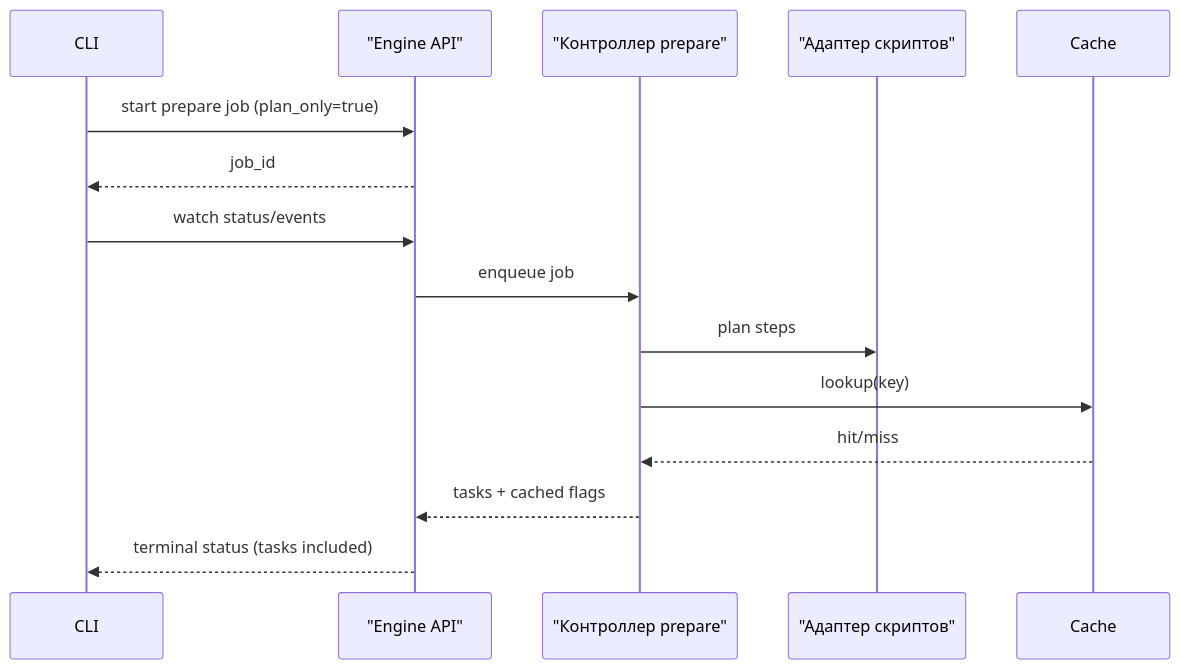
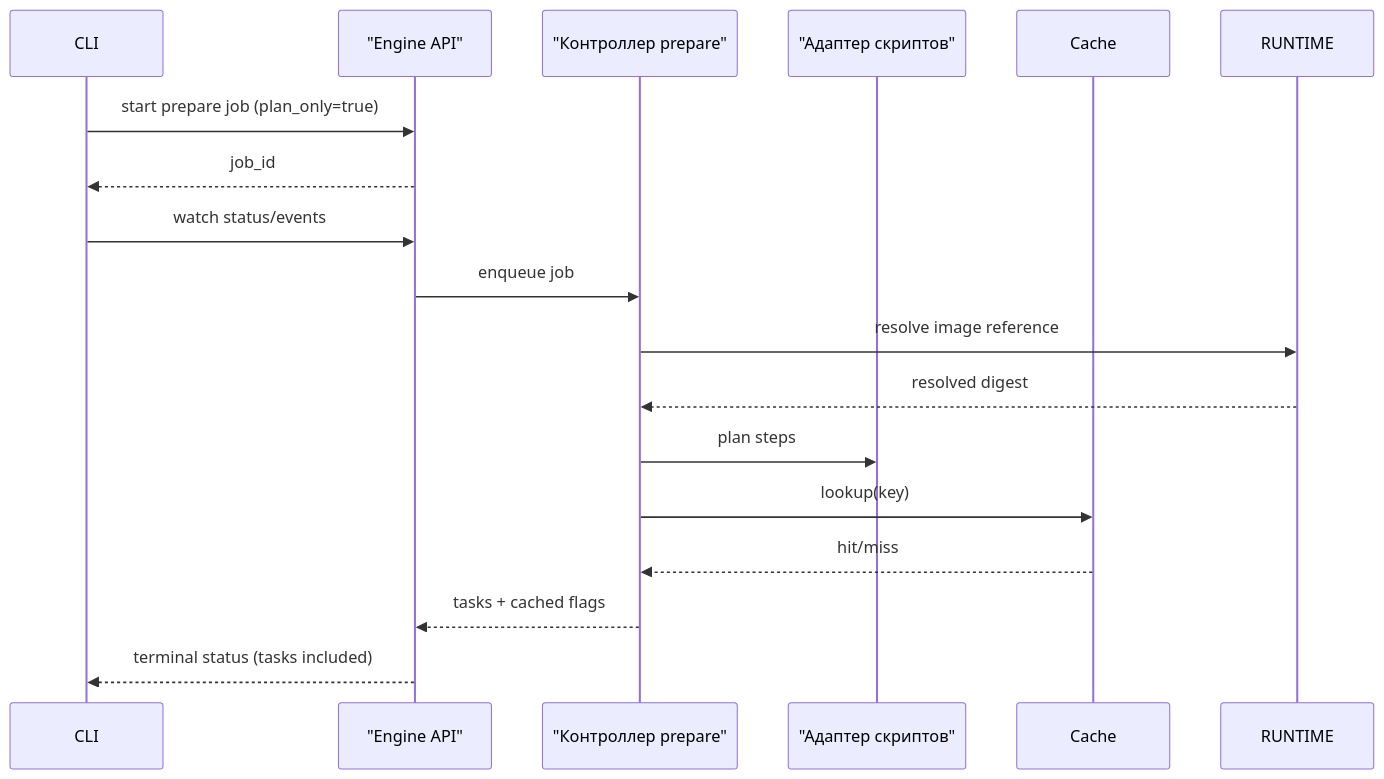
The third of 6 diagrams in docs/architecture/engine-internals.RU.md (kimak-irmagi/taidon), drawn with Mermaid before and after one commit. The commit also changed other lines of this file and 9 other files, not shown here.

````diff
--- a/docs/architecture/engine-internals.RU.md
+++ b/docs/architecture/engine-internals.RU.md
@@ -209,18 +212,20 @@
 ```mermaid
 sequenceDiagram
   participant CLI as CLI
   participant API as "Engine API"
   participant CTRL as "Контроллер prepare"
   participant ADAPTER as "Адаптер скриптов"
   participant CACHE as Cache
 
   CLI->>API: start prepare job (plan_only=true)
   API-->>CLI: job_id
   CLI->>API: watch status/events
   API->>CTRL: enqueue job
+  CTRL->>RUNTIME: resolve image reference
+  RUNTIME-->>CTRL: resolved digest
   CTRL->>ADAPTER: plan steps
   CTRL->>CACHE: lookup(key)
   CACHE-->>CTRL: hit/miss
   CTRL-->>API: tasks + cached flags
   API-->>CLI: terminal status (tasks included)
 ```
````
